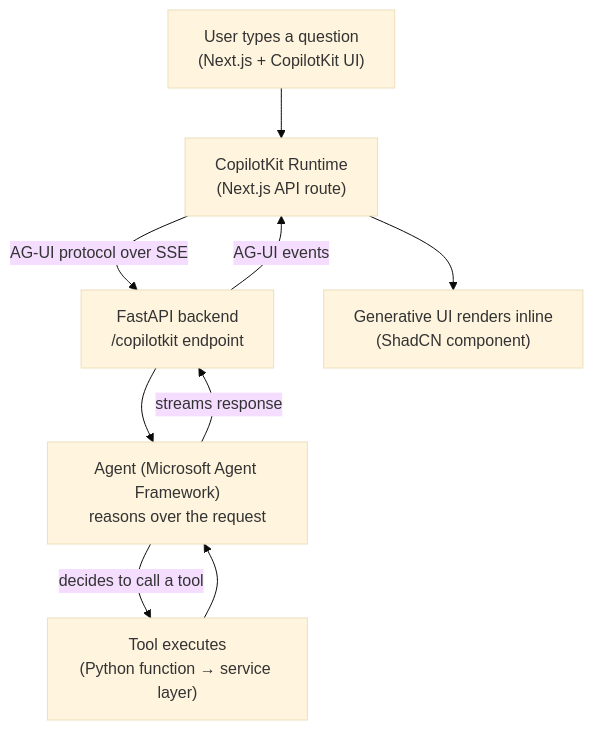
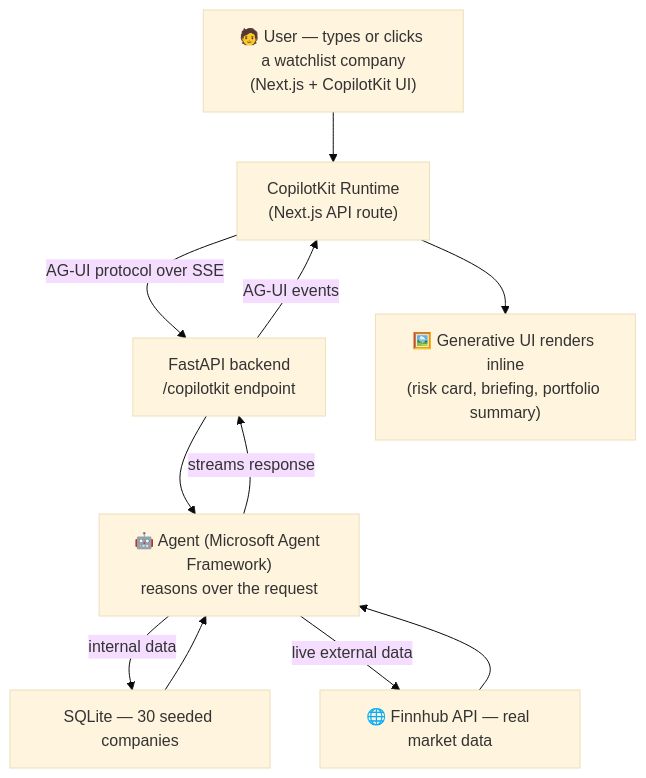
The diagram in README.md (JorgeVillaTech/AI-management-evaluation-agent), drawn with Mermaid (base theme) before and after one commit. The commit also changed other lines of this file and 10 other files, not shown here.

````diff
--- a/README.md
+++ b/README.md
@@ -30,11 +44,13 @@
 ```mermaid
 flowchart TD
-    A["User types a question<br/>(Next.js + CopilotKit UI)"] --> B["CopilotKit Runtime<br/>(Next.js API route)"]
+    A["🧑 User — types or clicks a watchlist company<br/>(Next.js + CopilotKit UI)"] --> B["CopilotKit Runtime<br/>(Next.js API route)"]
     B -->|AG-UI protocol over SSE| C["FastAPI backend<br/>/copilotkit endpoint"]
-    C --> D["Agent (Microsoft Agent Framework)<br/>reasons over the request"]
-    D -->|decides to call a tool| E["Tool executes<br/>(Python function → service layer)"]
+    C --> D["🤖 Agent (Microsoft Agent Framework)<br/>reasons over the request"]
+    D -->|internal data| E["SQLite — 30 seeded companies"]
+    D -->|live external data| F["🌐 Finnhub API — real market data"]
     E --> D
+    F --> D
     D -->|streams response| C
     C -->|AG-UI events| B
-    B --> F["Generative UI renders inline<br/>(ShadCN component)"]
+    B --> G["🖼️ Generative UI renders inline<br/>(risk card, briefing, portfolio summary)"]
 ```
````
